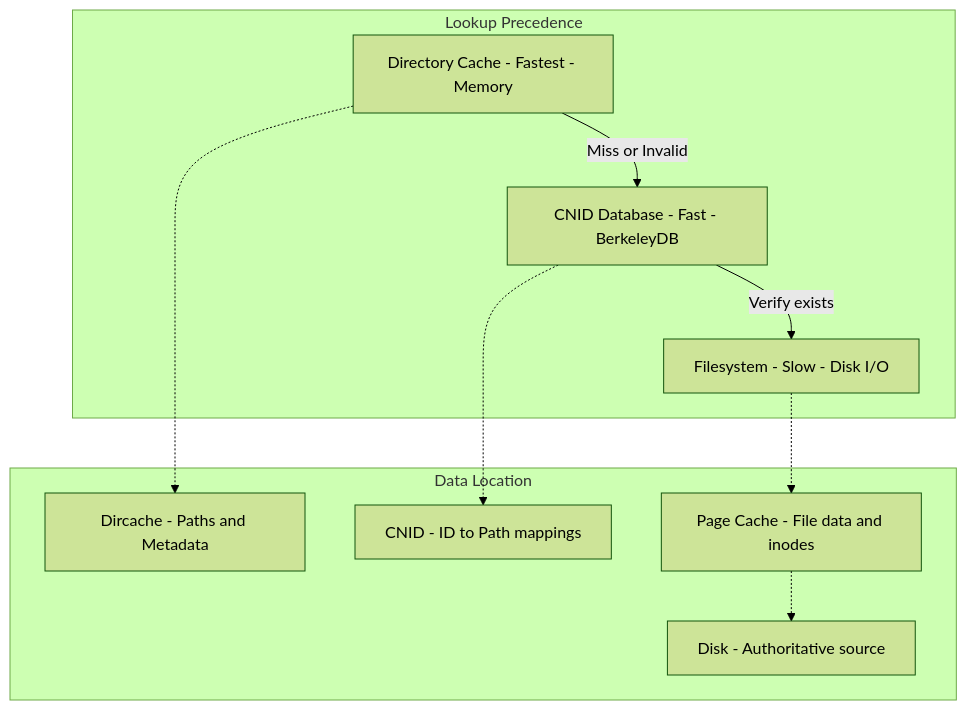
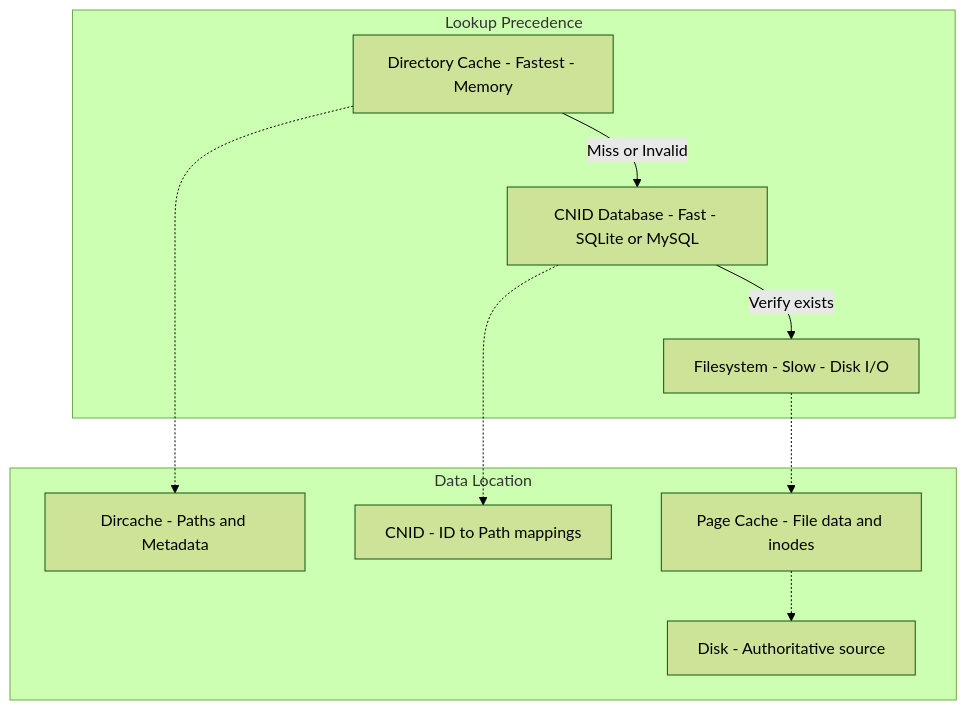
Before and after one commit to Netatalk/netatalk: the fourth of 8 diagrams in doc/developer/dircache.md, drawn with Mermaid (forest theme). The commit also changed 124 other files, not shown here.

````diff
--- a/doc/developer/dircache.md
+++ b/doc/developer/dircache.md
@@ -243,23 +243,23 @@
 ```mermaid
 graph TB
     subgraph "Lookup Precedence"
         L1[Directory Cache - Fastest - Memory]
-        L2[CNID Database - Fast - BerkeleyDB]
+        L2[CNID Database - Fast - SQLite or MySQL]
         L3[Filesystem - Slow - Disk I/O]
         
         L1 -->|Miss or Invalid| L2
         L2 -->|Verify exists| L3
     end
     
     subgraph "Data Location"
         D1[Dircache - Paths and Metadata]
         D2[CNID - ID to Path mappings]
         D3[Page Cache - File data and inodes]
         D4[Disk - Authoritative source]
     end
     
     L1 -.-> D1
     L2 -.-> D2
     L3 -.-> D3
     D3 -.-> D4
 ```
````
